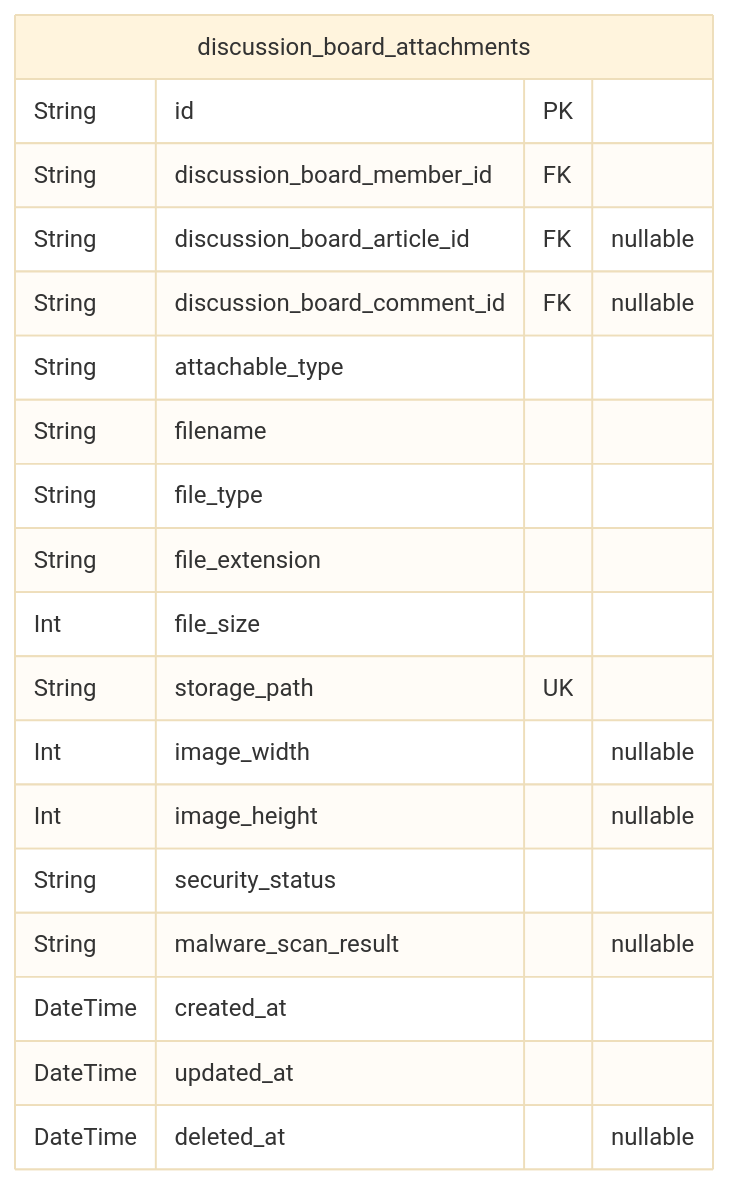
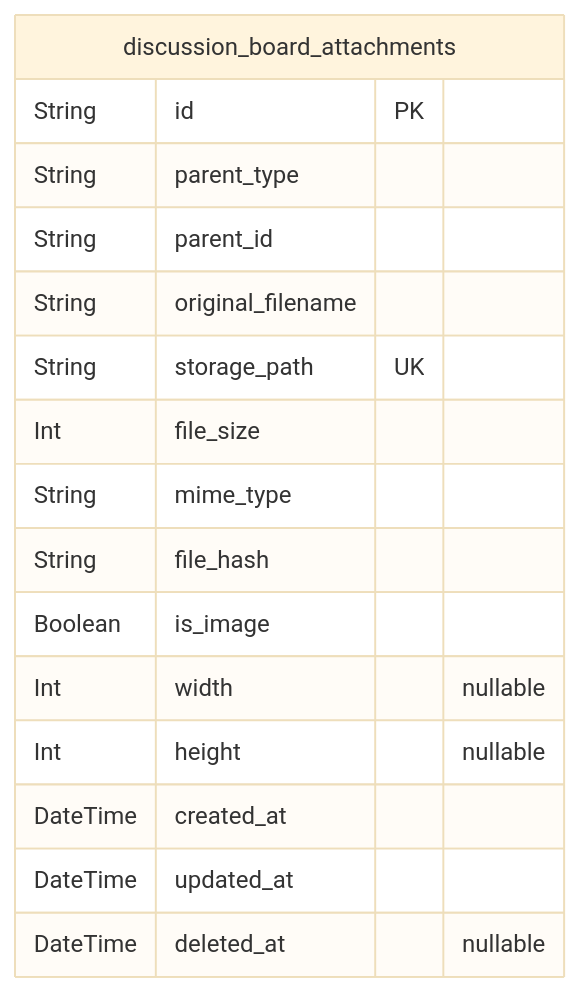
Before and after one commit to wrtnlabs/autobe-examples: the fifth of 7 diagrams in anthropic/claude-haiku-4.5/bbs/docs/ERD.md, drawn with Mermaid (base theme). The commit also changed other lines of this file and 22498 other files, not shown here.

````diff
--- a/anthropic/claude-haiku-4.5/bbs/docs/ERD.md
+++ b/anthropic/claude-haiku-4.5/bbs/docs/ERD.md
@@ -428,22 +726,19 @@
 ```mermaid
 erDiagram
 "discussion_board_attachments" {
   String id PK
-  String discussion_board_member_id FK
-  String discussion_board_article_id FK "nullable"
-  String discussion_board_comment_id FK "nullable"
-  String attachable_type
-  String filename
-  String file_type
-  String file_extension
+  String parent_type
+  String parent_id
+  String original_filename
+  String storage_path UK
   Int file_size
-  String storage_path UK
-  Int image_width "nullable"
-  Int image_height "nullable"
-  String security_status
-  String malware_scan_result "nullable"
+  String mime_type
+  String file_hash
+  Boolean is_image
+  Int width "nullable"
+  Int height "nullable"
   DateTime created_at
   DateTime updated_at
   DateTime deleted_at "nullable"
 }
 ```
````
